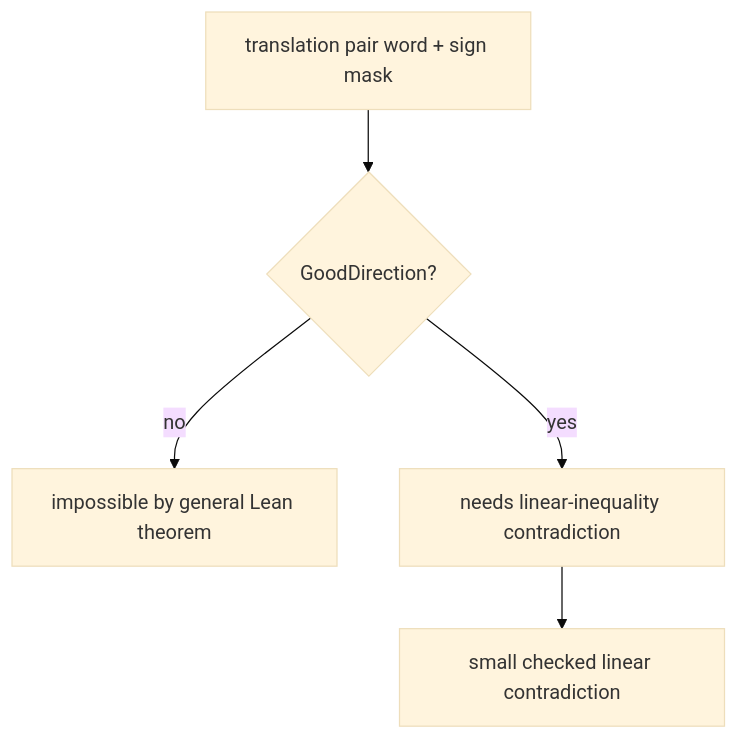
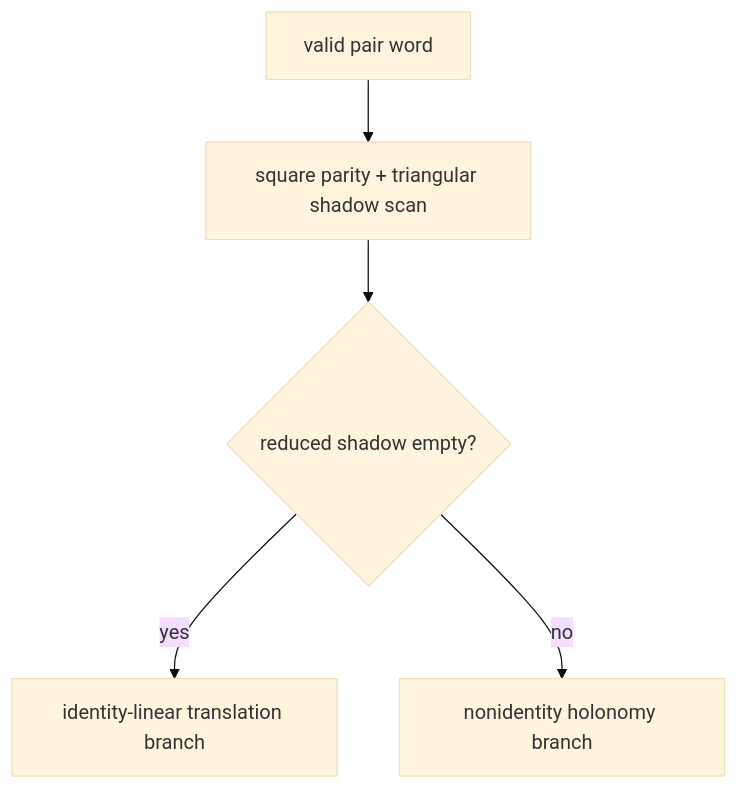
One commit to zpconn/cuboctahedron changed the third of 4 diagrams in README.md. Above: the diagram before and after it, drawn with Mermaid (base theme). The commit also changed other lines of this file and 1 other file, not shown here.

````diff
--- a/README.md
+++ b/README.md
@@ -413,11 +215,11 @@
 ```mermaid
 flowchart TD
-    A["translation pair word + sign mask"]
-    B{"GoodDirection?"}
-    C["impossible by general Lean theorem"]
-    D["needs linear-inequality contradiction"]
-    E["small checked linear contradiction"]
-    A --> B
-    B -- "no" --> C
-    B -- "yes" --> D --> E
+    A["valid pair word"]
+    B["square parity + triangular shadow scan"]
+    C{"reduced shadow empty?"}
+    D["identity-linear translation branch"]
+    E["nonidentity holonomy branch"]
+    A --> B --> C
+    C -- "yes" --> D
+    C -- "no" --> E
 ```
````
